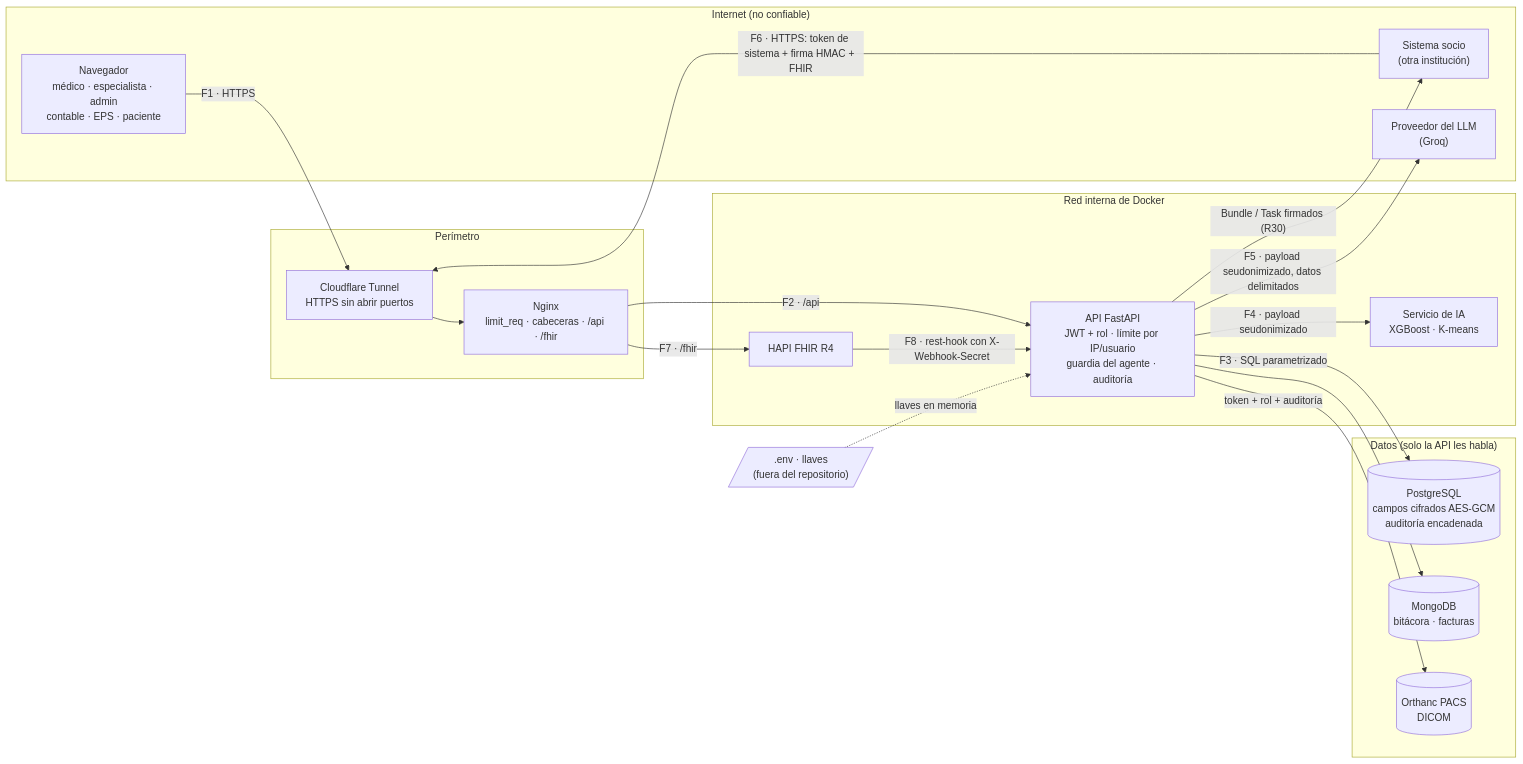
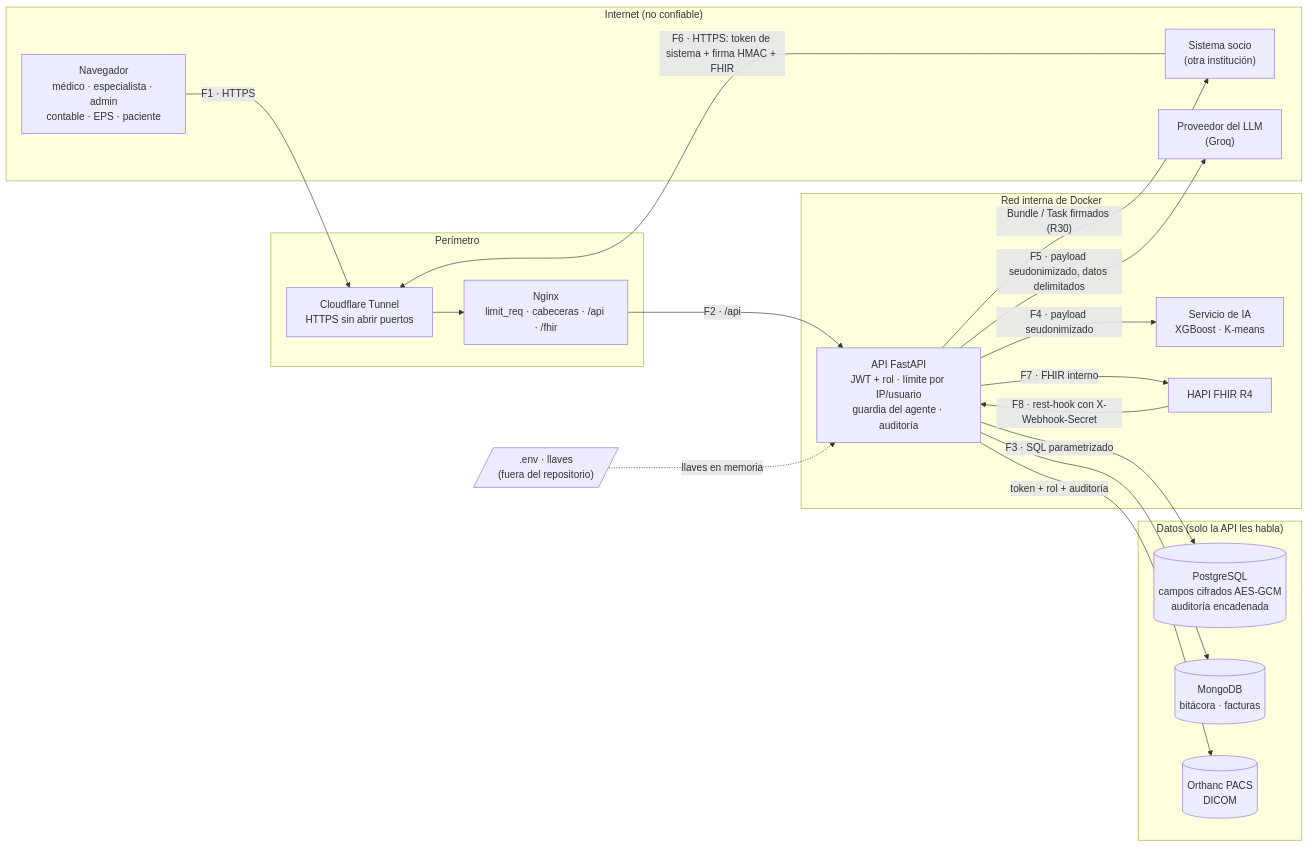
One commit to Laura25a/TrazaRedHUV changed the diagram in docs/STRIDE.md. Above: the diagram before and after it, drawn with Mermaid. The commit also changed other lines of this file and 22 other files, not shown here.

````diff
--- a/docs/STRIDE.md
+++ b/docs/STRIDE.md
@@ -35,36 +35,36 @@
 ```mermaid
 flowchart LR
     subgraph EXT["Internet (no confiable)"]
         NAV["Navegador<br/>médico · especialista · admin<br/>contable · EPS · paciente"]
         SOCIO["Sistema socio<br/>(otra institución)"]
         LLM["Proveedor del LLM<br/>(Groq)"]
     end
     subgraph BORDE["Perímetro"]
         CF["Cloudflare Tunnel<br/>HTTPS sin abrir puertos"]
         NGINX["Nginx<br/>limit_req · cabeceras · /api · /fhir"]
     end
     subgraph APP["Red interna de Docker"]
         API["API FastAPI<br/>JWT + rol · límite por IP/usuario<br/>guardia del agente · auditoría"]
         ML["Servicio de IA<br/>XGBoost · K-means"]
         HAPI["HAPI FHIR R4"]
     end
     subgraph DATOS["Datos (solo la API les habla)"]
         PG[("PostgreSQL<br/>campos cifrados AES-GCM<br/>auditoría encadenada")]
         MONGO[("MongoDB<br/>bitácora · facturas")]
         PACS[("Orthanc PACS<br/>DICOM")]
     end
     ENV[/".env · llaves<br/>(fuera del repositorio)"/]
 
     NAV -- "F1 · HTTPS" --> CF --> NGINX
     SOCIO -- "F6 · HTTPS: token de sistema + firma HMAC + FHIR" --> CF
     NGINX -- "F2 · /api" --> API
-    NGINX -- "F7 · /fhir" --> HAPI
+    API -- "F7 · FHIR interno" --> HAPI
     API -- "F3 · SQL parametrizado" --> PG
     API --> MONGO
     API -- "token + rol + auditoría" --> PACS
     API -- "F4 · payload seudonimizado" --> ML
     API -- "F5 · payload seudonimizado, datos delimitados" --> LLM
     HAPI -- "F8 · rest-hook con X-Webhook-Secret" --> API
     API -- "Bundle / Task firmados (R30)" --> SOCIO
     ENV -. "llaves en memoria" .-> API
 ```
````
